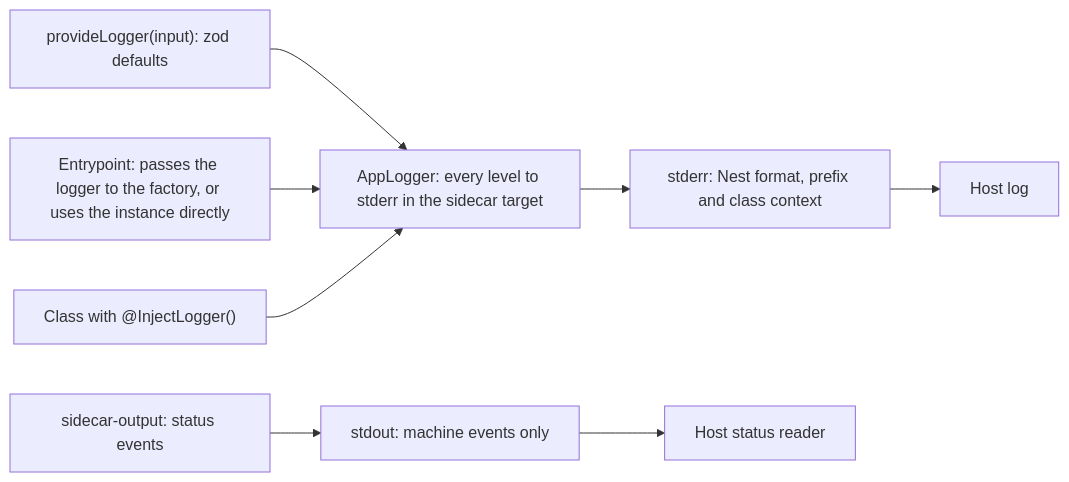
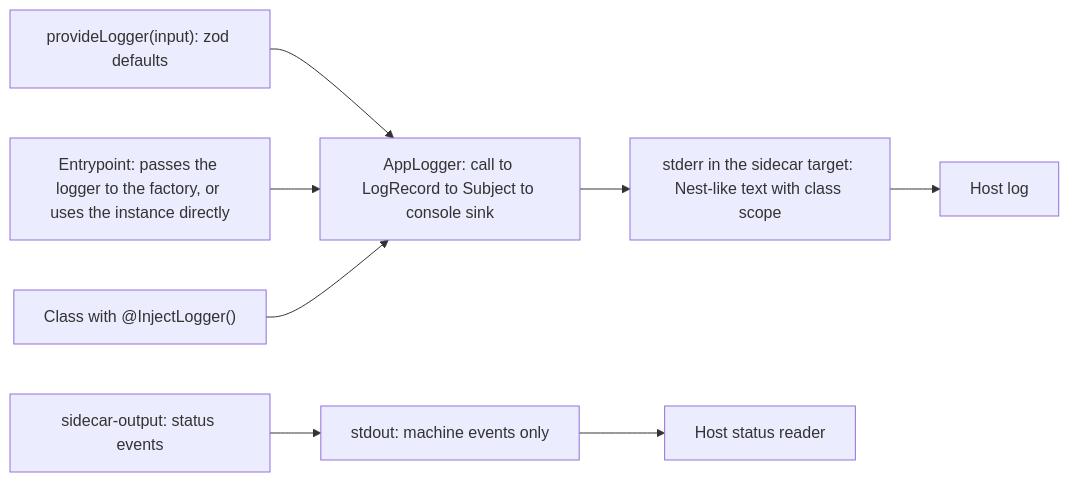
The third of 3 diagrams in docs/architecture/adr/ADR-013-nest-standalone-architecture.md (virgenherrera/lan-solution-template), drawn with Mermaid before and after one commit. The commit also changed other lines of this file and 2 other files, not shown here.

First line of the commit message:
docs: describe the log record and the sink pipeline

````diff
--- a/docs/architecture/adr/ADR-013-nest-standalone-architecture.md
+++ b/docs/architecture/adr/ADR-013-nest-standalone-architecture.md
@@ -97,10 +97,10 @@
 ```mermaid
 flowchart LR
   C["provideLogger(input): zod defaults"] --> W
   A["Entrypoint: passes the logger to the factory, or uses the instance directly"] --> W
   B["Class with @InjectLogger()"] --> W
-  W["AppLogger: every level to stderr in the sidecar target"] --> E["stderr: Nest format, prefix and class context"]
+  W["AppLogger: call to LogRecord to Subject to console sink"] --> E["stderr in the sidecar target: Nest-like text with class scope"]
   M["sidecar-output: status events"] --> O["stdout: machine events only"]
   E --> H["Host log"]
   O --> P["Host status reader"]
 ```
````
